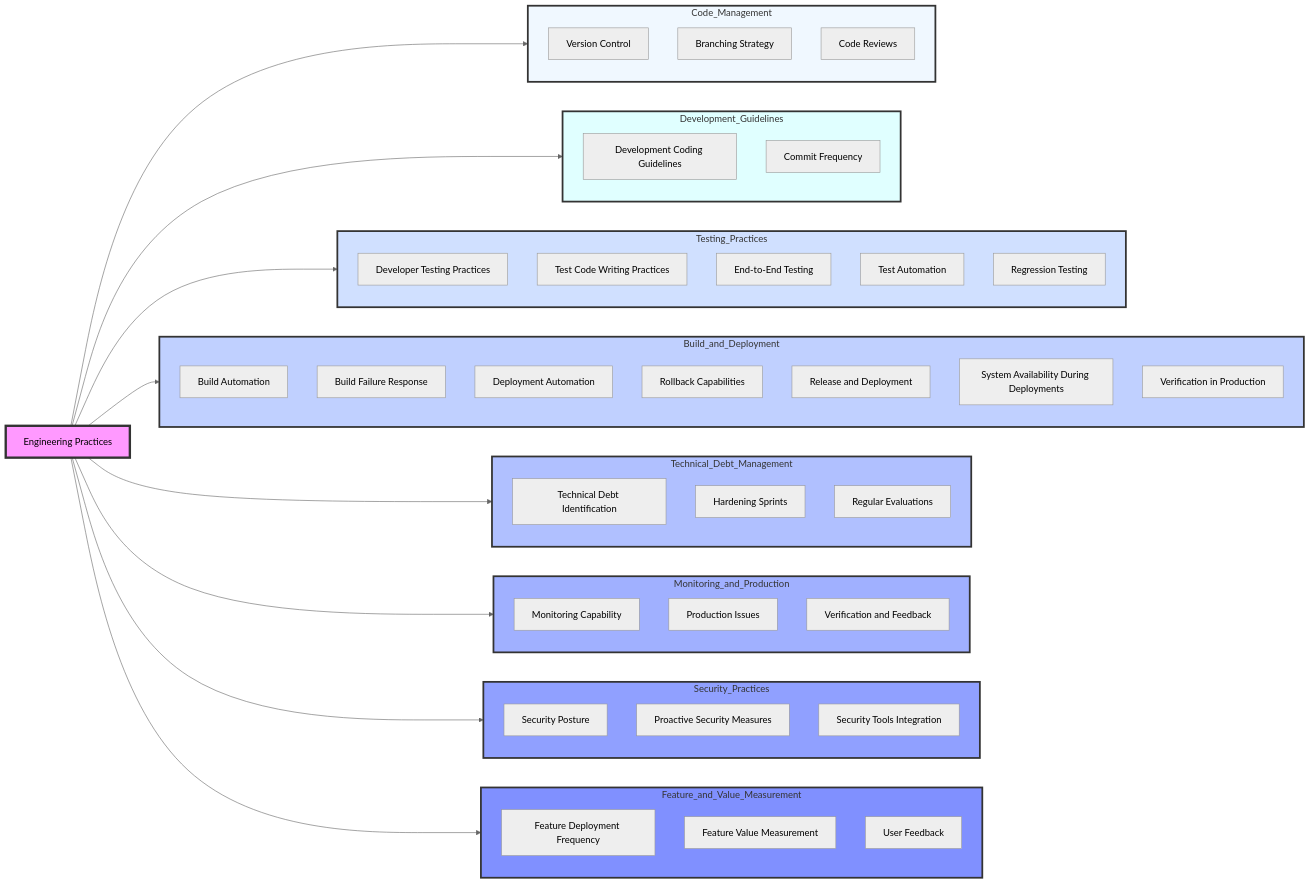
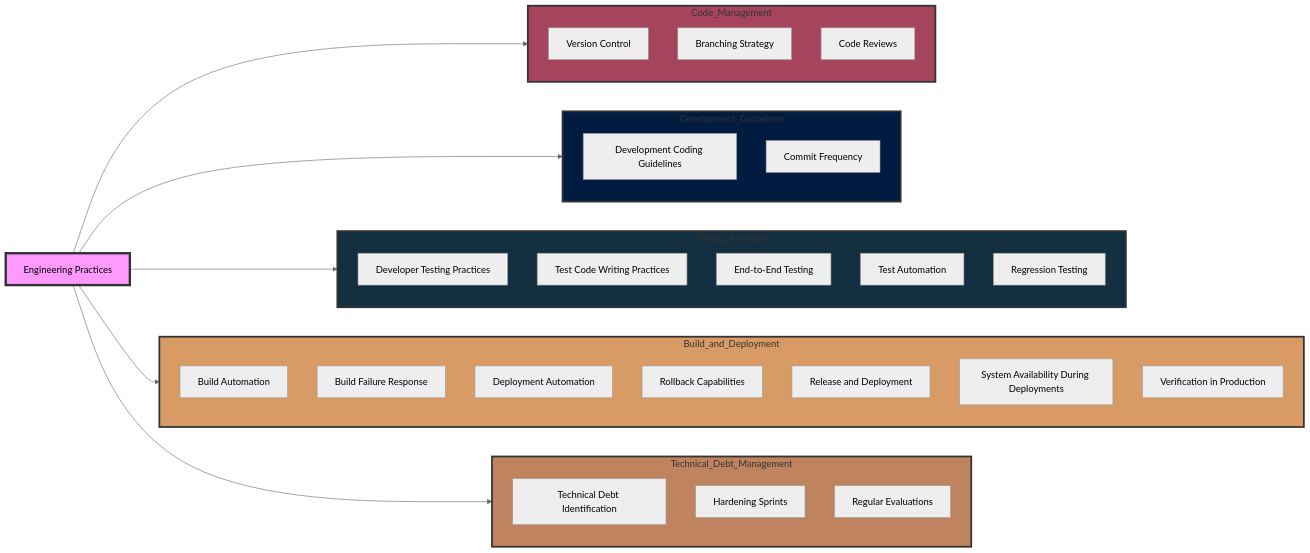
Before and after one commit to damodar4u/diagram_1: the diagram in README.md, drawn with Mermaid (neutral theme).

````diff
--- a/README.md
+++ b/README.md
@@ -9,14 +9,14 @@
         B2[Branching Strategy]
         B3[Code Reviews]
     end
-    style Code_Management fill:#f0f8ff,stroke:#333,stroke-width:3px
+    style Code_Management fill:#a6445d,stroke:#333,stroke-width:3px
 
     subgraph Development_Guidelines
         direction TB
         C1[Development Coding Guidelines]
         C2[Commit Frequency]
     end
-    style Development_Guidelines fill:#e0ffff,stroke:#333,stroke-width:3px
+    style Development_Guidelines fill:#021c41,stroke:#333,stroke-width:3px
 
     subgraph Testing_Practices
         direction TB
@@ -26,7 +26,7 @@
         D4[Test Automation]
         D5[Regression Testing]
     end
-    style Testing_Practices fill:#d0e0ff,stroke:#333,stroke-width:3px
+    style Testing_Practices fill:#142f40,stroke:#333,stroke-width:3px
 
     subgraph Build_and_Deployment
         direction TB
@@ -38,7 +38,7 @@
         E6[System Availability During Deployments]
         E7[Verification in Production]
     end
-    style Build_and_Deployment fill:#c0d0ff,stroke:#333,stroke-width:3px
+    style Build_and_Deployment fill:#d89b65,stroke:#333,stroke-width:3px
 
     subgraph Technical_Debt_Management
         direction TB
@@ -46,38 +46,11 @@
         F2[Hardening Sprints]
         F3[Regular Evaluations]
     end
-    style Technical_Debt_Management fill:#b0c0ff,stroke:#333,stroke-width:3px
+    style Technical_Debt_Management fill:#bf835f,stroke:#333,stroke-width:3px
 
-    subgraph Monitoring_and_Production
-        direction TB
-        G1[Monitoring Capability]
-        G2[Production Issues]
-        G3[Verification and Feedback]
-    end
-    style Monitoring_and_Production fill:#a0b0ff,stroke:#333,stroke-width:3px
-
-    subgraph Security_Practices
-        direction TB
-        H1[Security Posture]
-        H2[Proactive Security Measures]
-        H3[Security Tools Integration]
-    end
-    style Security_Practices fill:#90a0ff,stroke:#333,stroke-width:3px
-
-    subgraph Feature_and_Value_Measurement
-        direction TB
-        I1[Feature Deployment Frequency]
-        I2[Feature Value Measurement]
-        I3[User Feedback]
-    end
-    style Feature_and_Value_Measurement fill:#8090ff,stroke:#333,stroke-width:3px
-
-A --> Code_Management
-A --> Development_Guidelines
-A --> Testing_Practices
-A --> Build_and_Deployment
-A --> Technical_Debt_Management
-A --> Monitoring_and_Production
-A --> Security_Practices
-A --> Feature_and_Value_Measurement
+    A --> Code_Management
+    A --> Development_Guidelines
+    A --> Testing_Practices
+    A --> Build_and_Deployment
+    A --> Technical_Debt_Management
 ```
````
